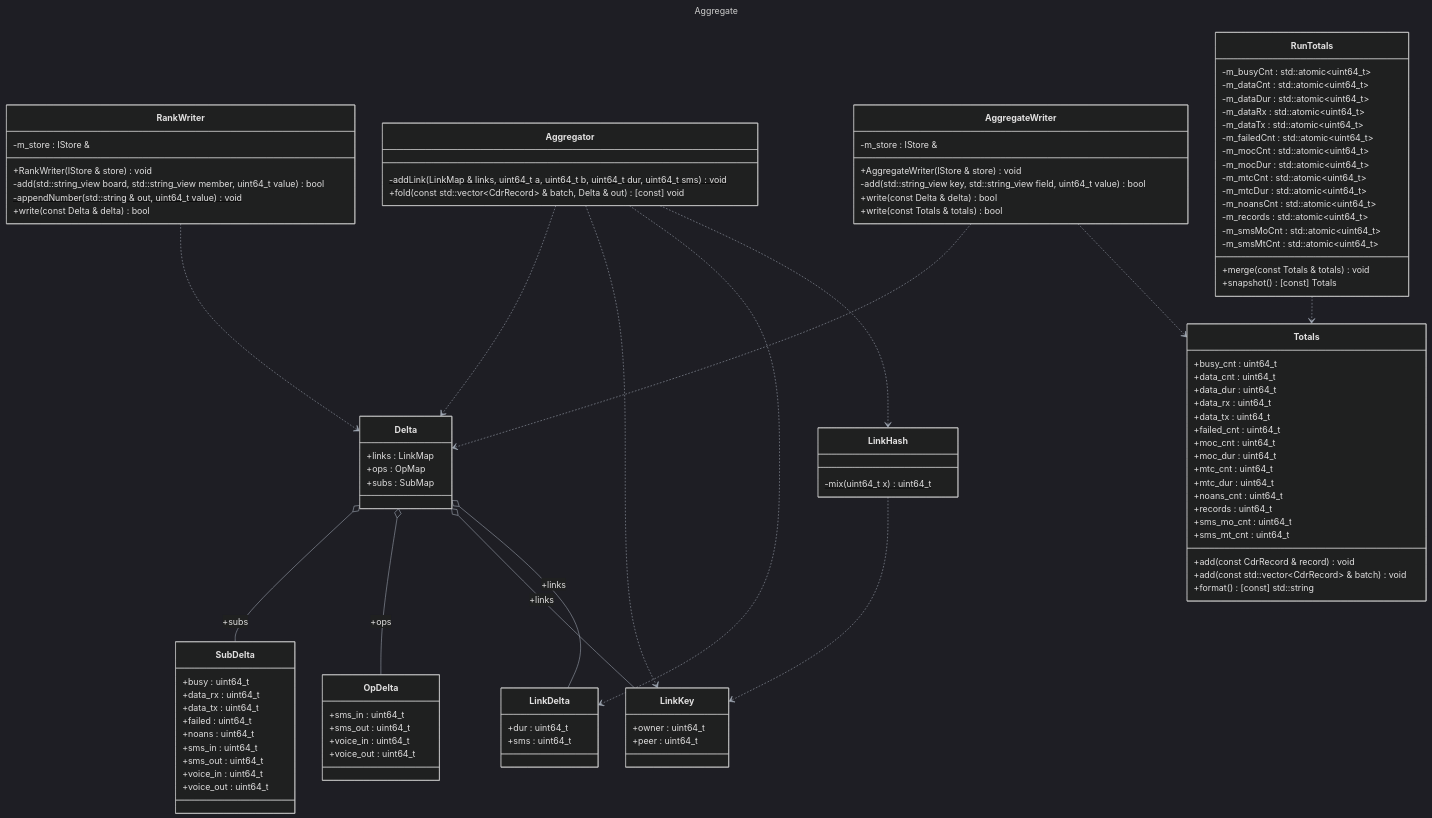
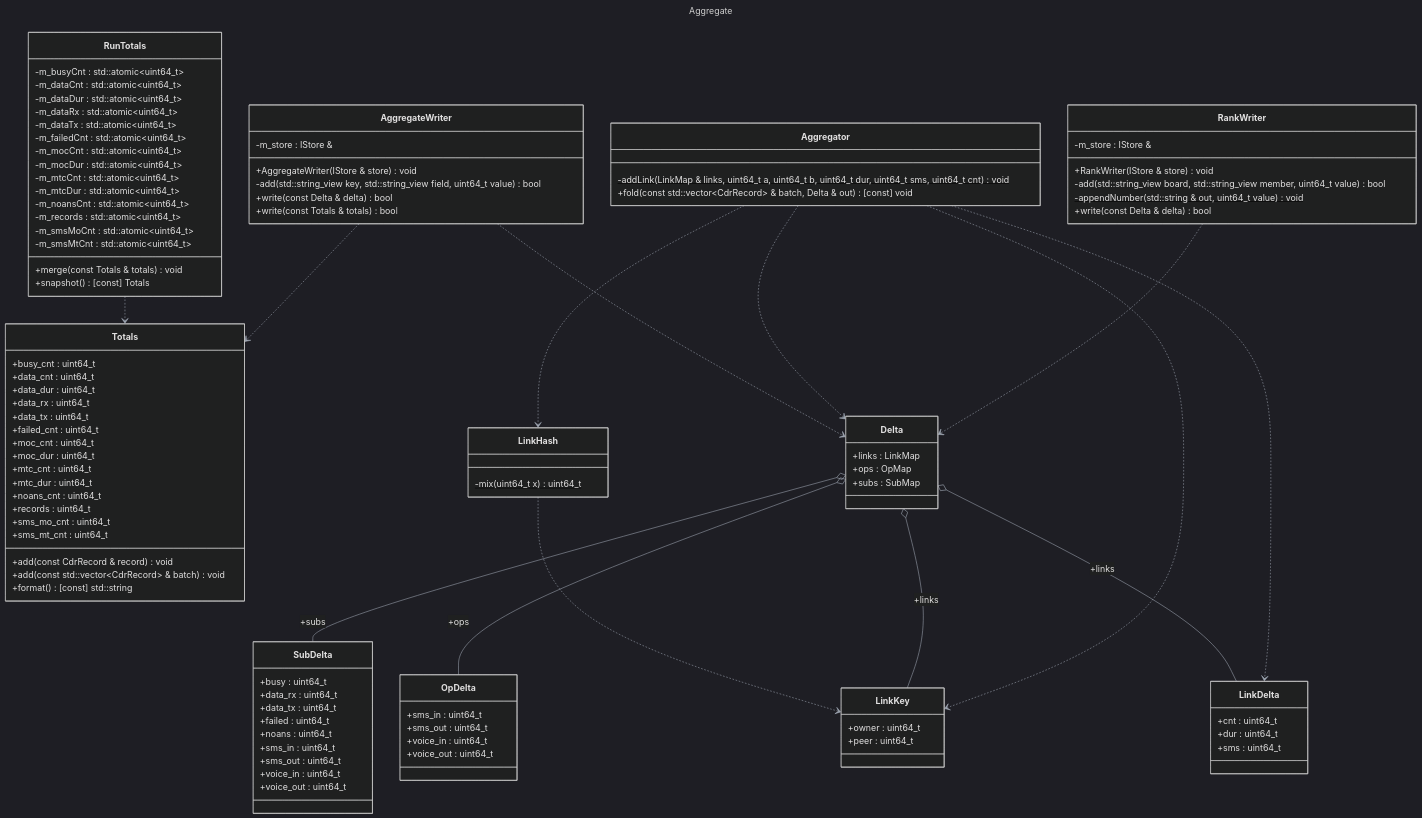
One commit to shalom2552/cdr-processor changed the second of 8 diagrams in docs/Class_Diagrams.md. Above: the diagram before and after it, drawn with Mermaid. The commit also changed other lines of this file and 7 other files, not shown here.

````diff
--- a/docs/Class_Diagrams.md
+++ b/docs/Class_Diagrams.md
@@ -297,50 +300,6 @@
 ---
 %%{init: {"theme": "dark", "themeVariables": {"lineColor": "#a0a8b4"}}}%%
 classDiagram
-    class C_0010887478950944287678["SubDelta"]
-    class C_0010887478950944287678 {
-        +busy : uint64_t
-        +data_rx : uint64_t
-        +data_tx : uint64_t
-        +failed : uint64_t
-        +noans : uint64_t
-        +sms_in : uint64_t
-        +sms_out : uint64_t
-        +voice_in : uint64_t
-        +voice_out : uint64_t
-    }
-    class C_0017794246012153393637["OpDelta"]
-    class C_0017794246012153393637 {
-        +sms_in : uint64_t
-        +sms_out : uint64_t
-        +voice_in : uint64_t
-        +voice_out : uint64_t
-    }
-    class C_0013961113058360695160["LinkDelta"]
-    class C_0013961113058360695160 {
-        +dur : uint64_t
-        +sms : uint64_t
-    }
-    class C_0006168100238794423074["LinkKey"]
-    class C_0006168100238794423074 {
-        +owner : uint64_t
-        +peer : uint64_t
-    }
-    class C_0006421422352653742808["LinkHash"]
-    class C_0006421422352653742808 {
-        -mix(uint64_t x) uint64_t$
-    }
-    class C_0008391949454572926139["Delta"]
-    class C_0008391949454572926139 {
-        +links : LinkMap
-        +ops : OpMap
-        +subs : SubMap
-    }
-    class C_0000075638799718834364["Aggregator"]
-    class C_0000075638799718834364 {
-        -addLink(LinkMap & links, uint64_t a, uint64_t b, uint64_t dur, uint64_t sms) void$
-        +fold(const std::vector&lt;CdrRecord&gt; & batch, Delta & out) [const] void
-    }
     class C_0009640744578029682106["Totals"]
     class C_0009640744578029682106 {
         +add(const CdrRecord & record) void
@@ -380,6 +339,46 @@
         -m_smsMoCnt : std::atomic&lt;uint64_t&gt;
         -m_smsMtCnt : std::atomic&lt;uint64_t&gt;
     }
+    class C_0010887478950944287678["SubDelta"]
+    class C_0010887478950944287678 {
+        +busy : uint64_t
+        +data_rx : uint64_t
+        +data_tx : uint64_t
+        +failed : uint64_t
+        +noans : uint64_t
+        +sms_in : uint64_t
+        +sms_out : uint64_t
+        +voice_in : uint64_t
+        +voice_out : uint64_t
+    }
+    class C_0017794246012153393637["OpDelta"]
+    class C_0017794246012153393637 {
+        +sms_in : uint64_t
+        +sms_out : uint64_t
+        +voice_in : uint64_t
+        +voice_out : uint64_t
+    }
+    class C_0013961113058360695160["LinkDelta"]
+    class C_0013961113058360695160 {
+        +cnt : uint64_t
+        +dur : uint64_t
+        +sms : uint64_t
+    }
+    class C_0006168100238794423074["LinkKey"]
+    class C_0006168100238794423074 {
+        +owner : uint64_t
+        +peer : uint64_t
+    }
+    class C_0006421422352653742808["LinkHash"]
+    class C_0006421422352653742808 {
+        -mix(uint64_t x) uint64_t$
+    }
+    class C_0008391949454572926139["Delta"]
+    class C_0008391949454572926139 {
+        +links : LinkMap
+        +ops : OpMap
+        +subs : SubMap
+    }
     class C_0001003986061494381294["AggregateWriter"]
     class C_0001003986061494381294 {
         +AggregateWriter(IStore & store) void
@@ -387,6 +386,11 @@
         +write(const Delta & delta) bool
         +write(const Totals & totals) bool
         -m_store : IStore &
+    }
+    class C_0000075638799718834364["Aggregator"]
+    class C_0000075638799718834364 {
+        -addLink(LinkMap & links, uint64_t a, uint64_t b, uint64_t dur, uint64_t sms, uint64_t cnt) void$
+        +fold(const std::vector&lt;CdrRecord&gt; & batch, Delta & out) [const] void
     }
     class C_0013992063804294937841["RankWriter"]
     class C_0013992063804294937841 {
@@ -396,18 +400,18 @@
         +write(const Delta & delta) bool
         -m_store : IStore &
     }
+    C_0005203435245187721673 ..> C_0009640744578029682106 : 
     C_0006421422352653742808 ..> C_0006168100238794423074 : 
     C_0008391949454572926139 o-- C_0010887478950944287678 : +subs
     C_0008391949454572926139 o-- C_0017794246012153393637 : +ops
     C_0008391949454572926139 o-- C_0006168100238794423074 : +links
     C_0008391949454572926139 o-- C_0013961113058360695160 : +links
+    C_0001003986061494381294 ..> C_0008391949454572926139 : 
+    C_0001003986061494381294 ..> C_0009640744578029682106 : 
     C_0000075638799718834364 ..> C_0008391949454572926139 : 
     C_0000075638799718834364 ..> C_0006168100238794423074 : 
     C_0000075638799718834364 ..> C_0013961113058360695160 : 
     C_0000075638799718834364 ..> C_0006421422352653742808 : 
-    C_0005203435245187721673 ..> C_0009640744578029682106 : 
-    C_0001003986061494381294 ..> C_0008391949454572926139 : 
-    C_0001003986061494381294 ..> C_0009640744578029682106 : 
     C_0013992063804294937841 ..> C_0008391949454572926139 : 
 
 ```
````
